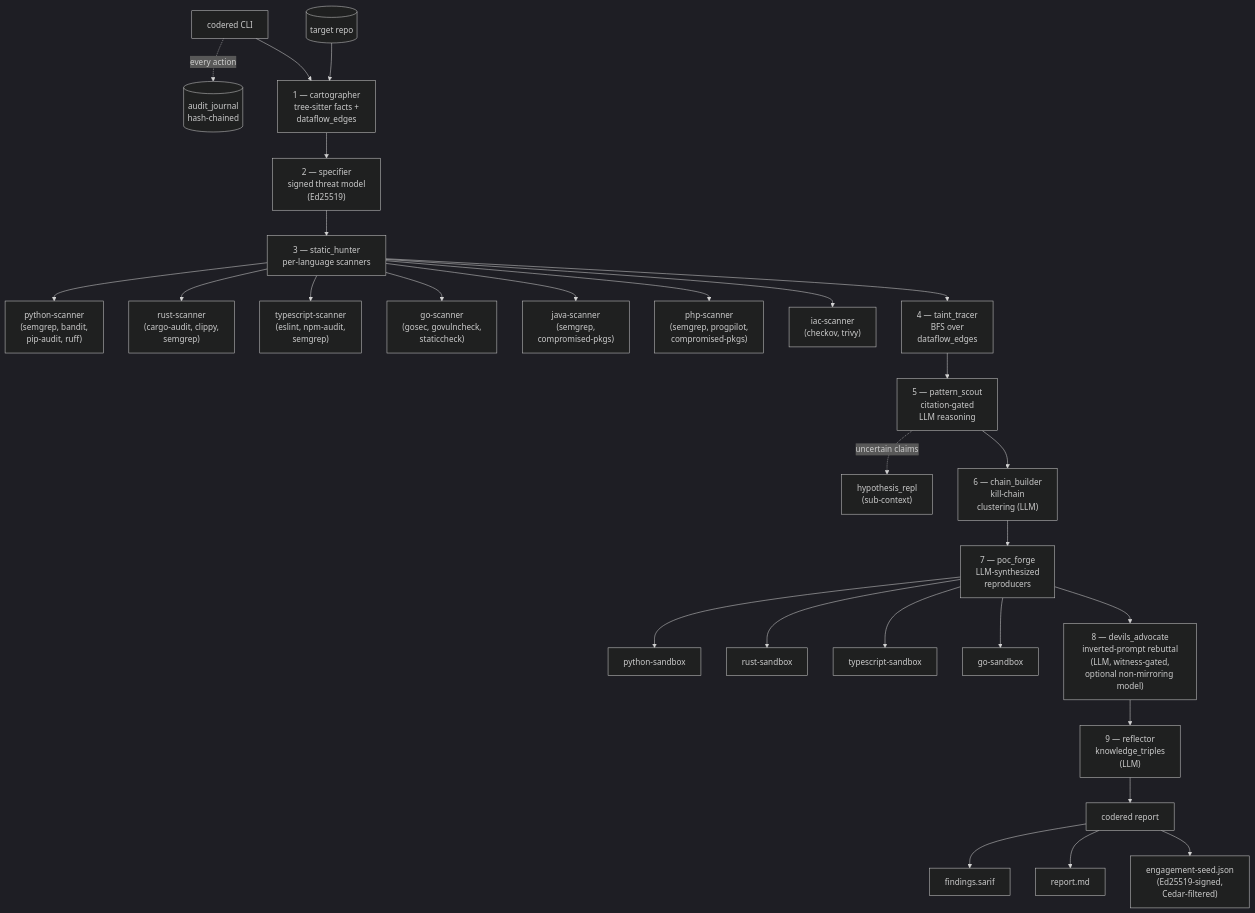
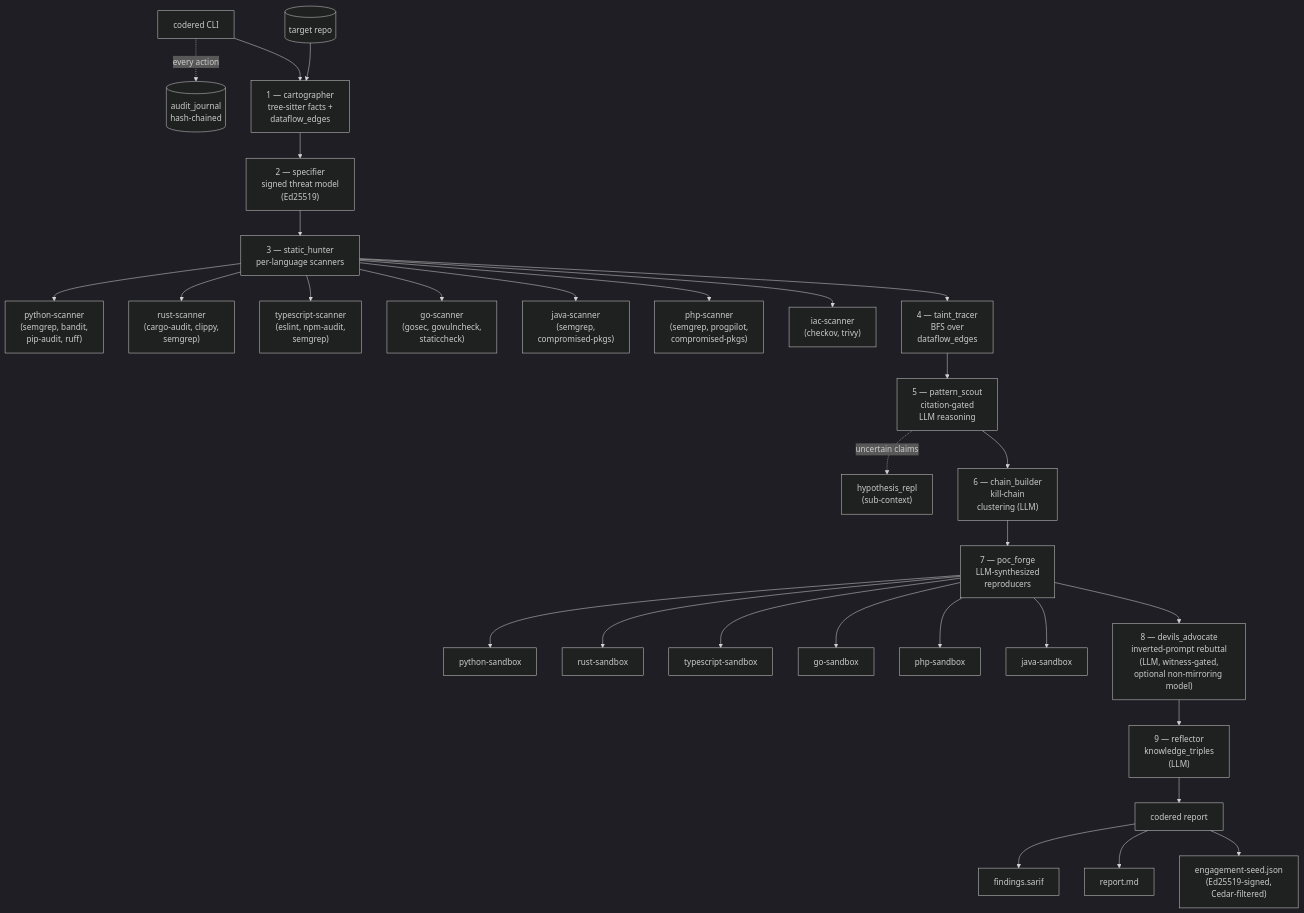
Before and after one commit to ThirdKeyAI/symbi-codered: the diagram in README.md, drawn with Mermaid (dark theme). The commit also changed other lines of this file and 18 other files, not shown here.

Commit message:
OSS hardening: tracked-files-only sync, Java sandbox reproducer, docs accuracy, community files (CONTRIBUTING/CHANGELOG/templates)

````diff
--- a/README.md
+++ b/README.md
@@ -41,40 +41,42 @@
 ```mermaid
 flowchart TD
     repo[("target repo")]
     cli["codered CLI"]
     journal[("audit_journal<br/>hash-chained")]
 
     cli --> carto["1 — cartographer<br/>tree-sitter facts +<br/>dataflow_edges"]
     carto --> spec["2 — specifier<br/>signed threat model<br/>(Ed25519)"]
     spec --> stat["3 — static_hunter<br/>per-language scanners"]
 
     stat --> py["python-scanner<br/>(semgrep, bandit,<br/>pip-audit, ruff)"]
     stat --> rs["rust-scanner<br/>(cargo-audit, clippy,<br/>semgrep)"]
     stat --> ts["typescript-scanner<br/>(eslint, npm-audit,<br/>semgrep)"]
     stat --> go["go-scanner<br/>(gosec, govulncheck,<br/>staticcheck)"]
     stat --> jv["java-scanner<br/>(semgrep,<br/>compromised-pkgs)"]
     stat --> php["php-scanner<br/>(semgrep, progpilot,<br/>compromised-pkgs)"]
     stat --> iac["iac-scanner<br/>(checkov, trivy)"]
 
     stat --> taint["4 — taint_tracer<br/>BFS over<br/>dataflow_edges"]
     taint --> scout["5 — pattern_scout<br/>citation-gated<br/>LLM reasoning"]
     scout -. uncertain claims .-> hrepl["hypothesis_repl<br/>(sub-context)"]
     scout --> chain["6 — chain_builder<br/>kill-chain<br/>clustering (LLM)"]
     chain --> poc["7 — poc_forge<br/>LLM-synthesized<br/>reproducers"]
 
     poc --> sb_py["python-sandbox"]
     poc --> sb_rs["rust-sandbox"]
     poc --> sb_ts["typescript-sandbox"]
     poc --> sb_go["go-sandbox"]
+    poc --> sb_php["php-sandbox"]
+    poc --> sb_java["java-sandbox"]
 
     poc --> adv["8 — devils_advocate<br/>inverted-prompt rebuttal<br/>(LLM, witness-gated,<br/>optional non-mirroring model)"]
     adv --> refl["9 — reflector<br/>knowledge_triples<br/>(LLM)"]
 
     refl --> report["codered report"]
     report --> sarif["findings.sarif"]
     report --> md["report.md"]
     report --> seed["engagement-seed.json<br/>(Ed25519-signed,<br/>Cedar-filtered)"]
 
     cli -. every action .-> journal
     repo --> carto
 ```
````
